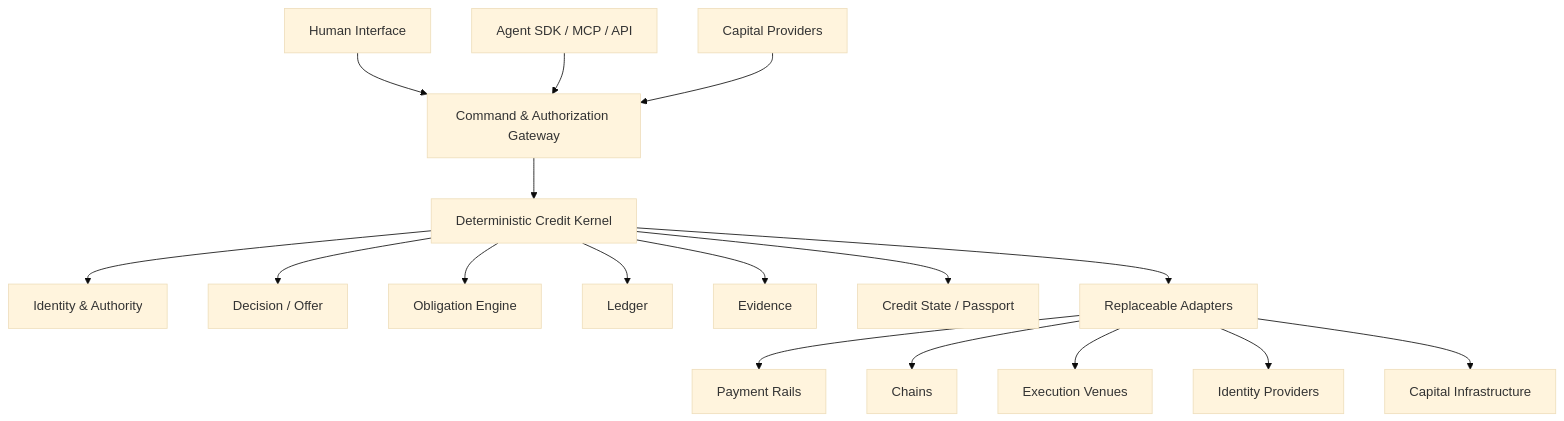
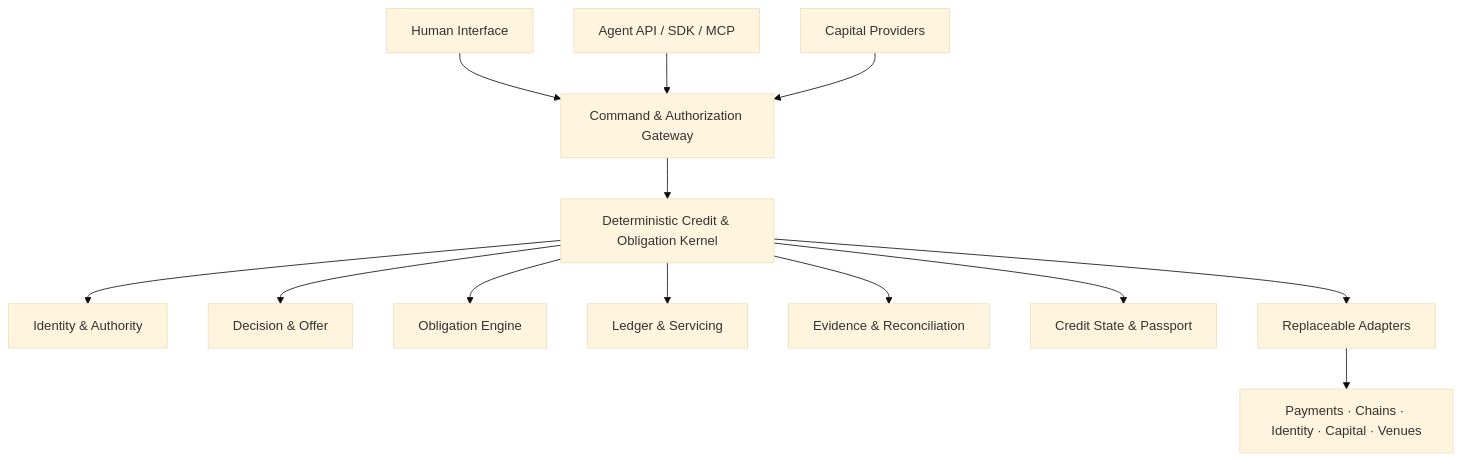
The fourth of 6 diagrams in README.md (CPTM511/IPO.ONE), drawn with Mermaid (base theme) before and after one commit. The commit also changed other lines of this file and 13 other files, not shown here.

````diff
--- a/README.md
+++ b/README.md
@@ -237,27 +183,22 @@
 ```mermaid
 flowchart TB
     HumanUI["Human Interface"]
-    AgentSDK["Agent SDK / MCP / API"]
+    AgentAPI["Agent API / SDK / MCP"]
     Providers["Capital Providers"]
 
     HumanUI --> Gateway["Command & Authorization Gateway"]
-    AgentSDK --> Gateway
+    AgentAPI --> Gateway
     Providers --> Gateway
 
-    Gateway --> Kernel["Deterministic Credit Kernel"]
+    Gateway --> Kernel["Deterministic Credit & Obligation Kernel"]
 
     Kernel --> Identity["Identity & Authority"]
-    Kernel --> Offers["Decision / Offer"]
+    Kernel --> Offers["Decision & Offer"]
     Kernel --> Obligations["Obligation Engine"]
-    Kernel --> Ledger["Ledger"]
-    Kernel --> Evidence["Evidence"]
-    Kernel --> Credit["Credit State / Passport"]
+    Kernel --> Ledger["Ledger & Servicing"]
+    Kernel --> Evidence["Evidence & Reconciliation"]
+    Kernel --> Credit["Credit State & Passport"]
 
     Kernel --> Adapters["Replaceable Adapters"]
-
-    Adapters --> Payments["Payment Rails"]
-    Adapters --> Chains["Chains"]
-    Adapters --> Venues["Execution Venues"]
-    Adapters --> IdentityProviders["Identity Providers"]
-    Adapters --> CapitalRails["Capital Infrastructure"]
+    Adapters --> Rails["Payments · Chains · Identity · Capital · Venues"]
 ```
````
